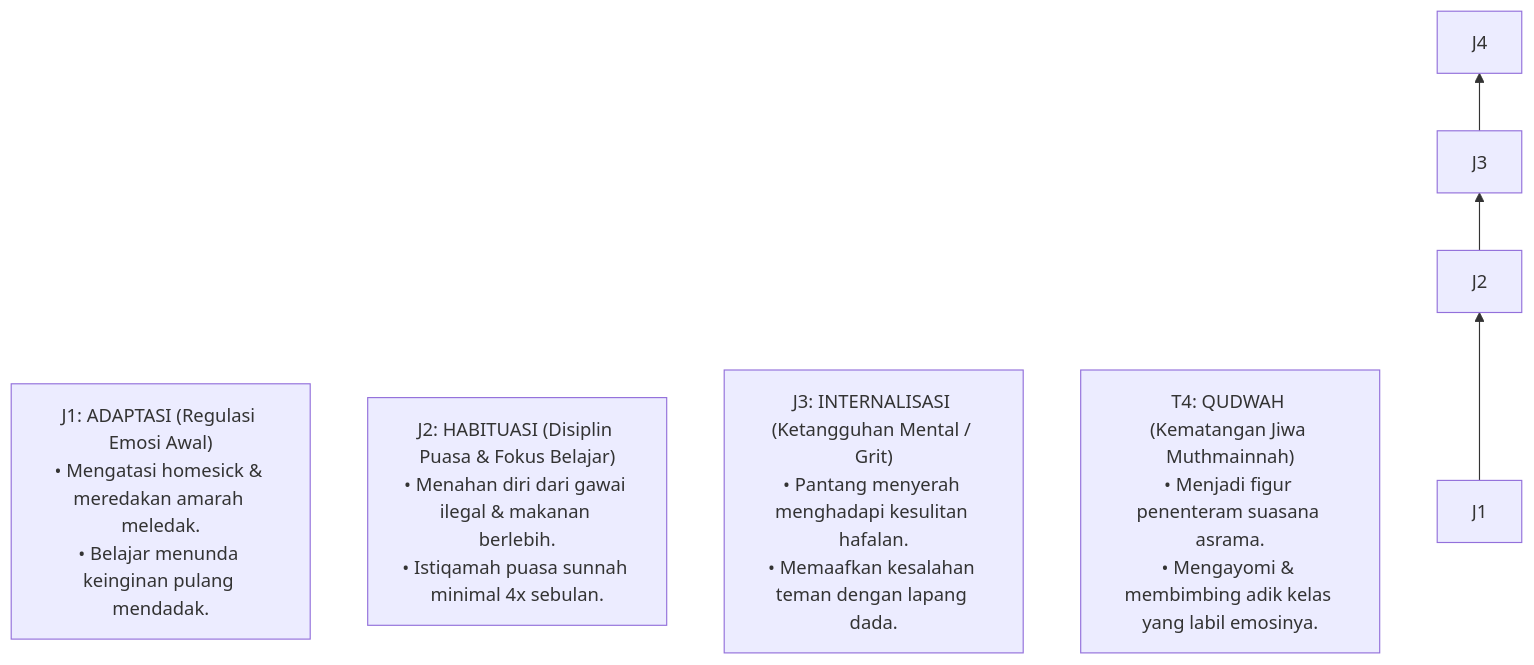
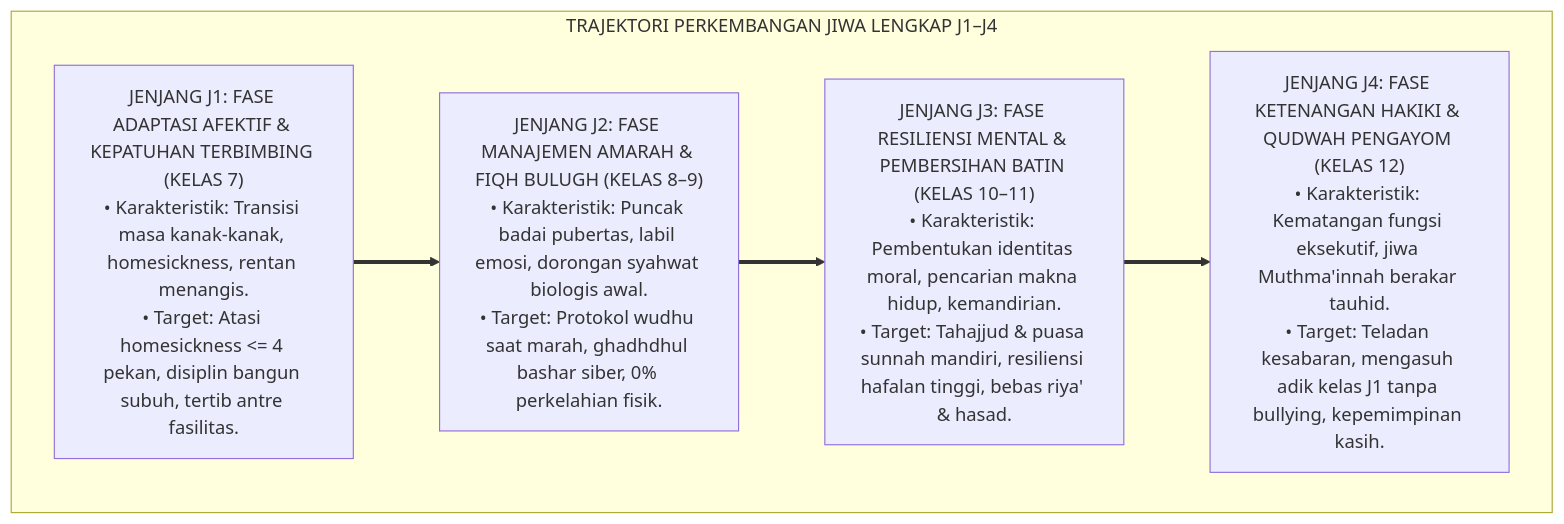
One commit to wandiapriliyandi/tumbuh changed the sixth of 7 diagrams in 03 Capacity Framework/09 Mujahadatun Linafsih/P3-09-08-Tahapan-Perkembangan-Jenjang-J1-J4.md. Above: the diagram before and after it, drawn with Mermaid. The commit also changed other lines of this file and 14 other files, not shown here.

````diff
--- a/03 Capacity Framework/09 Mujahadatun Linafsih/P3-09-08-Tahapan-Perkembangan-Jenjang-J1-J4.md
+++ b/03 Capacity Framework/09 Mujahadatun Linafsih/P3-09-08-Tahapan-Perkembangan-Jenjang-J1-J4.md
@@ -10,12 +165,14 @@
 ```mermaid
-graph BT
-    T1["J1: ADAPTASI (Regulasi Emosi Awal)<br/>• Mengatasi homesick & meredakan amarah meledak.<br/>• Belajar menunda keinginan pulang mendadak."]
-    
-    T2["J2: HABITUASI (Disiplin Puasa & Fokus Belajar)<br/>• Menahan diri dari gawai ilegal & makanan berlebih.<br/>• Istiqamah puasa sunnah minimal 4x sebulan."]
-    
-    T3["J3: INTERNALISASI (Ketangguhan Mental / Grit)<br/>• Pantang menyerah menghadapi kesulitan hafalan.<br/>• Memaafkan kesalahan teman dengan lapang dada."]
-    
-    T4["T4: QUDWAH (Kematangan Jiwa Muthmainnah)<br/>• Menjadi figur penenteram suasana asrama.<br/>• Mengayomi & membimbing adik kelas yang labil emosinya."]
-
-    J1 --> J2 --> J3 --> J4
+flowchart TD
+    subgraph ArsitekturTrajektoriJiwaJ1J4["TRAJEKTORI PERKEMBANGAN JIWA LENGKAP J1–J4"]
+        J1["JENJANG J1: FASE ADAPTASI AFEKTIF & KEPATUHAN TERBIMBING (KELAS 7)<br/>• Karakteristik: Transisi masa kanak-kanak, homesickness, rentan menangis.<br/>• Target: Atasi homesickness <= 4 pekan, disiplin bangun subuh, tertib antre fasilitas."]
+        
+        J2["JENJANG J2: FASE MANAJEMEN AMARAH & FIQH BULUGH (KELAS 8–9)<br/>• Karakteristik: Puncak badai pubertas, labil emosi, dorongan syahwat biologis awal.<br/>• Target: Protokol wudhu saat marah, ghadhdhul bashar siber, 0% perkelahian fisik."]
+        
+        J3["JENJANG J3: FASE RESILIENSI MENTAL & PEMBERSIHAN BATIN (KELAS 10–11)<br/>• Karakteristik: Pembentukan identitas moral, pencarian makna hidup, kemandirian.<br/>• Target: Tahajjud & puasa sunnah mandiri, resiliensi hafalan tinggi, bebas riya' & hasad."]
+        
+        J4["JENJANG J4: FASE KETENANGAN HAKIKI & QUDWAH PENGAYOM (KELAS 12)<br/>• Karakteristik: Kematangan fungsi eksekutif, jiwa Muthma'innah berakar tauhid.<br/>• Target: Teladan kesabaran, mengasuh adik kelas J1 tanpa bullying, kepemimpinan kasih."]
+        
+        J1 ==> J2 ==> J3 ==> J4
+    end
 ```
````
